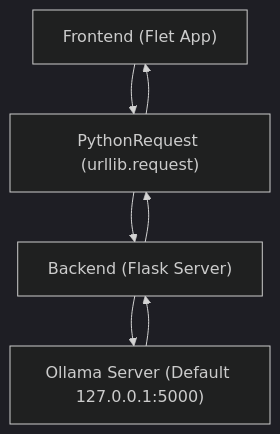
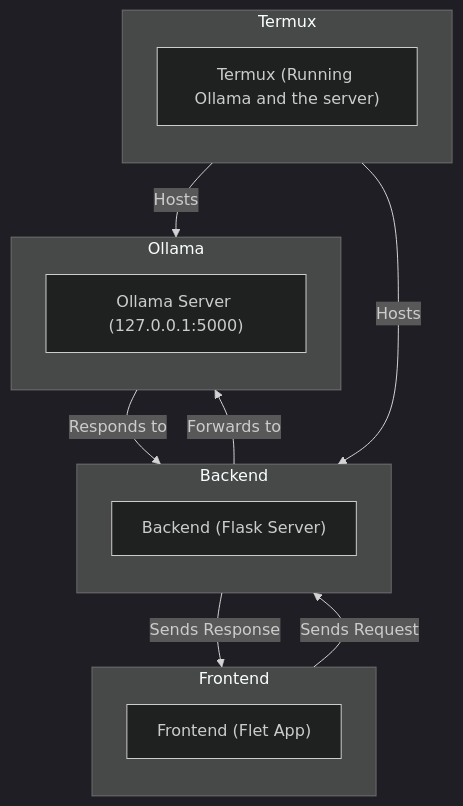
The diagram in README.md (LTS-VVE/ReliaChat), drawn with Mermaid before and after one commit.

````diff
--- a/README.md
+++ b/README.md
@@ -62,10 +62,30 @@
 ```mermaid
 %%{init: {"theme": "dark"}}%%
 graph TD;
-    Frontend["Frontend (Flet App)"] --> PythonRequest["Python Request (urllib.request)"];
-    PythonRequest --> Backend["Backend (Flask Server)"];
-    Backend --> Ollama["Ollama Server (Default 127.0.0.1:5000)"];
-    Ollama --> Backend["Frontend (Flet App)"];
-    Backend["Backend (Flask Server)"] --> PythonRequest["PythonRequest (urllib.request)"];
-    PythonRequest["PythonRequest (urllib.request)"] --> Frontend["Frontend (Flet App)"]
+    subgraph Termux
+        direction TB
+        TermuxNode["Termux (Running Ollama and the server)"]
+    end
+
+    subgraph Frontend
+        direction TB
+        FrontendNode["Frontend (Flet App)"]
+    end
+
+    subgraph Backend
+        direction TB
+        BackendNode["Backend (Flask Server)"]
+    end
+
+    subgraph Ollama
+        direction TB
+        OllamaNode["Ollama Server (127.0.0.1:5000)"]
+    end
+
+    FrontendNode -->|Sends Request| BackendNode
+    BackendNode -->|Forwards to| OllamaNode
+    OllamaNode -->|Responds to| BackendNode
+    BackendNode -->|Sends Response| FrontendNode
+    TermuxNode -->|Hosts| BackendNode
+    TermuxNode -->|Hosts| OllamaNode
 ```
````
